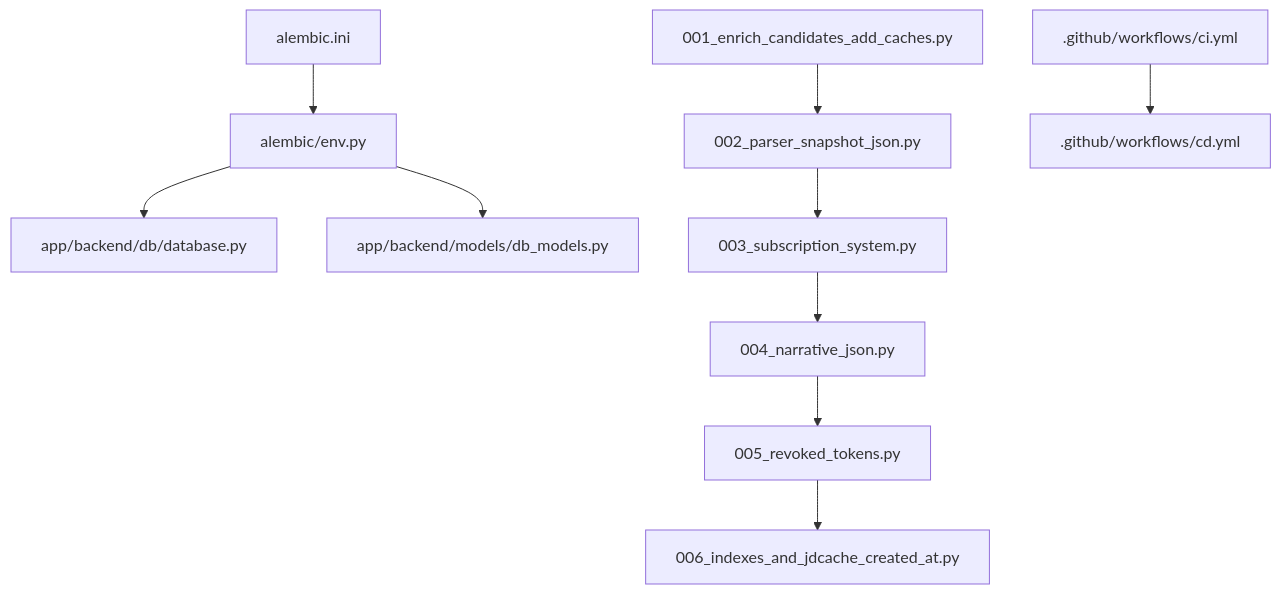
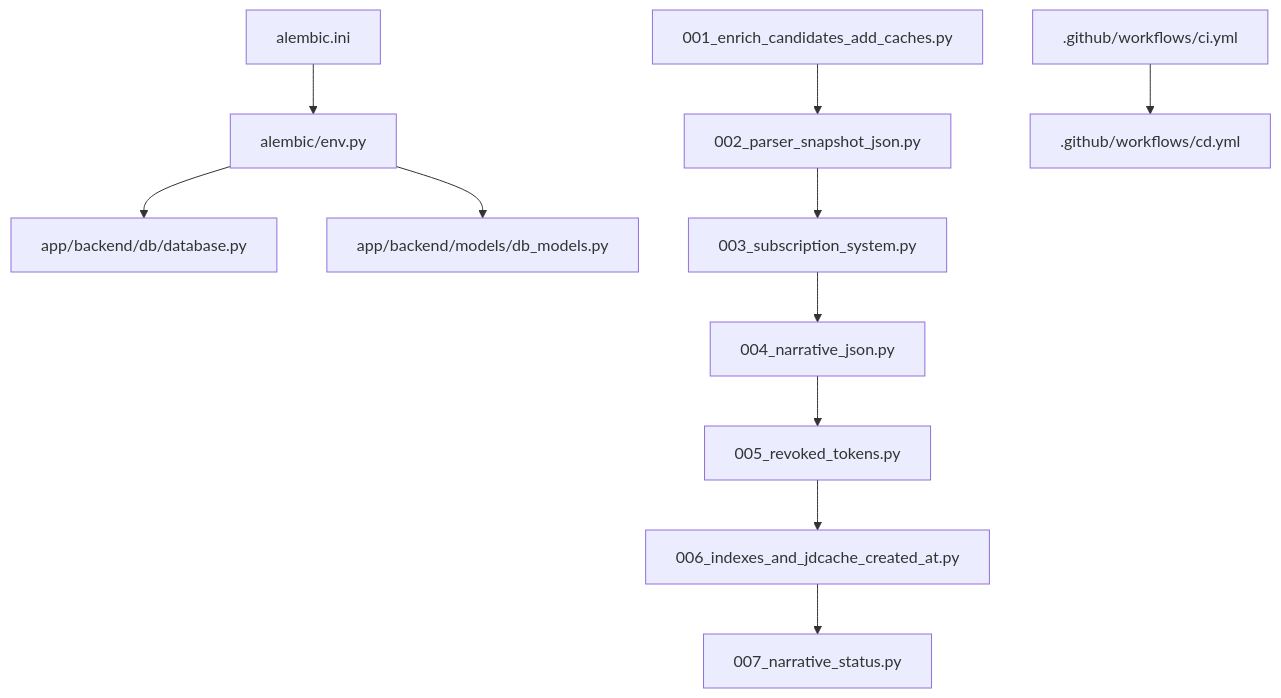
Before and after one commit to Revanththetalogics/aireume: the tenth of 10 diagrams in .qoder/repowiki/en/content/Database Design/Migration Management.md, drawn with Mermaid. The commit also changed other lines of this file and 15 other files, not shown here.

````diff
--- a/.qoder/repowiki/en/content/Database Design/Migration Management.md
+++ b/.qoder/repowiki/en/content/Database Design/Migration Management.md
@@ -354,12 +398,13 @@
 ```mermaid
 graph TB
 A["alembic.ini"] --> B["alembic/env.py"]
 B --> C["app/backend/db/database.py"]
 B --> D["app/backend/models/db_models.py"]
 E["001_enrich_candidates_add_caches.py"] --> F["002_parser_snapshot_json.py"]
 F --> G["003_subscription_system.py"]
 G --> H["004_narrative_json.py"]
 H --> I["005_revoked_tokens.py"]
 I --> J["006_indexes_and_jdcache_created_at.py"]
-K[".github/workflows/ci.yml"] --> L[".github/workflows/cd.yml"]
+J --> K["007_narrative_status.py"]
+L[".github/workflows/ci.yml"] --> M[".github/workflows/cd.yml"]
 ```
````
